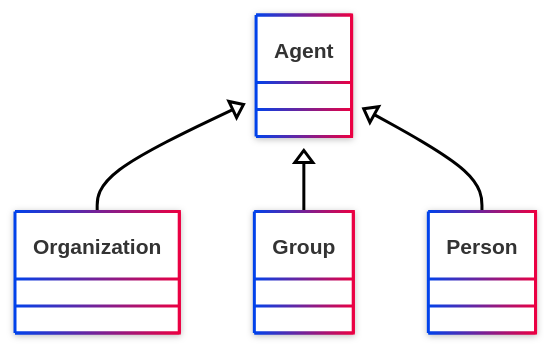
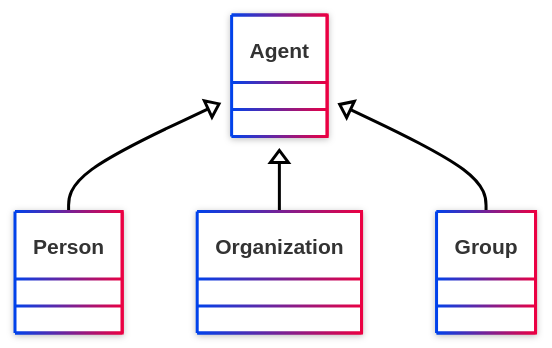
One commit to StephaneBranly/ontodoc changed the diagram in example/build/class/Agent.md. Above: the diagram before and after it, drawn with Mermaid. The commit also changed other lines of this file and 56 other files, not shown here.

Commit message:
[+] Schema syntax

````diff
--- a/example/build/class/Agent.md
+++ b/example/build/class/Agent.md
@@ -9,12 +9,12 @@
 ```mermaid
 ---
 config:
   look: neo
   theme: neo
 ---
 classDiagram
     class Agent
+    Agent <|-- Person
     Agent <|-- Organization
     Agent <|-- Group
-    Agent <|-- Person
 ```
````
